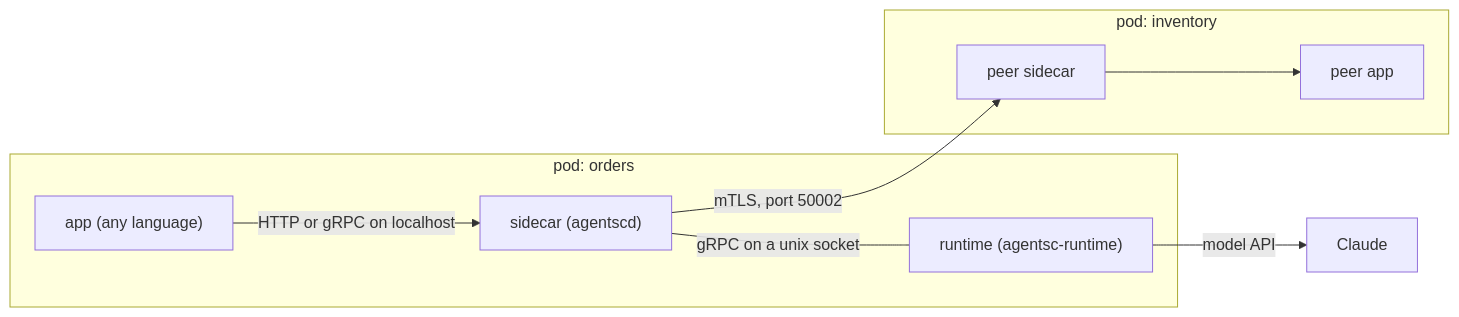
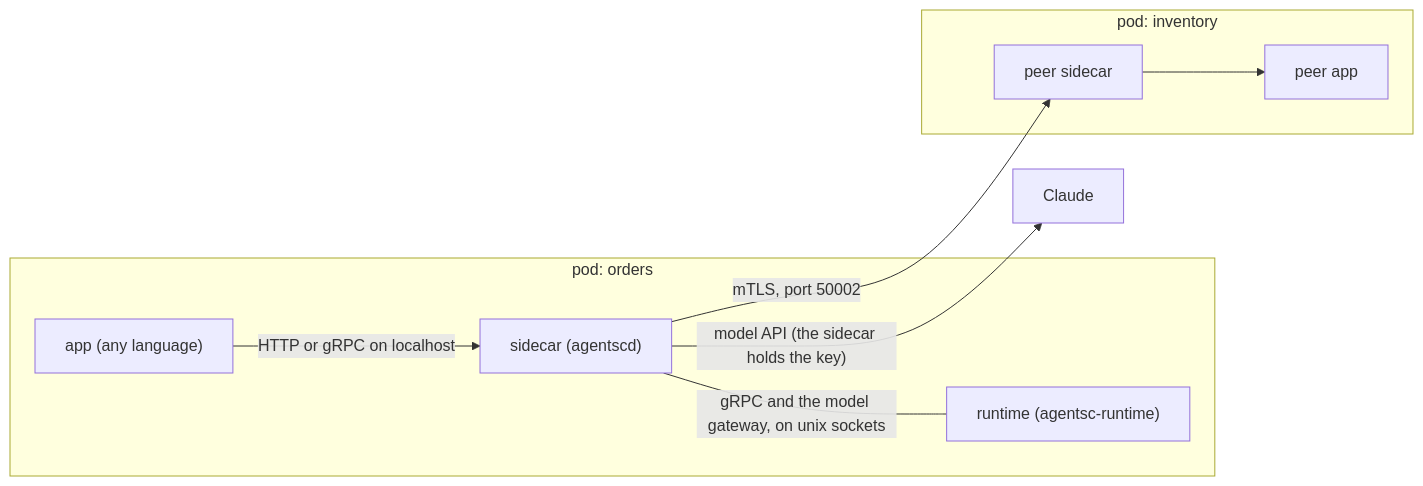
One commit to f8fvwgzc/agent-sidecar changed the diagram in README.md. Above: the diagram before and after it, drawn with Mermaid. The commit also changed other lines of this file and 7 other files, not shown here.

````diff
--- a/README.md
+++ b/README.md
@@ -27,12 +27,12 @@
 ```mermaid
 flowchart LR
   subgraph podA["pod: orders"]
     A["app (any language)"] -->|"HTTP or gRPC on localhost"| S["sidecar (agentscd)"]
-    S ---|"gRPC on a unix socket"| R["runtime (agentsc-runtime)"]
+    S ---|"gRPC and the model gateway, on unix sockets"| R["runtime (agentsc-runtime)"]
   end
-  R -->|"model API"| C["Claude"]
+  S -->|"model API (the sidecar holds the key)"| C["Claude"]
   subgraph podB["pod: inventory"]
     P["peer sidecar"] --> B["peer app"]
   end
   S -->|"mTLS, port 50002"| P
 ```
````
